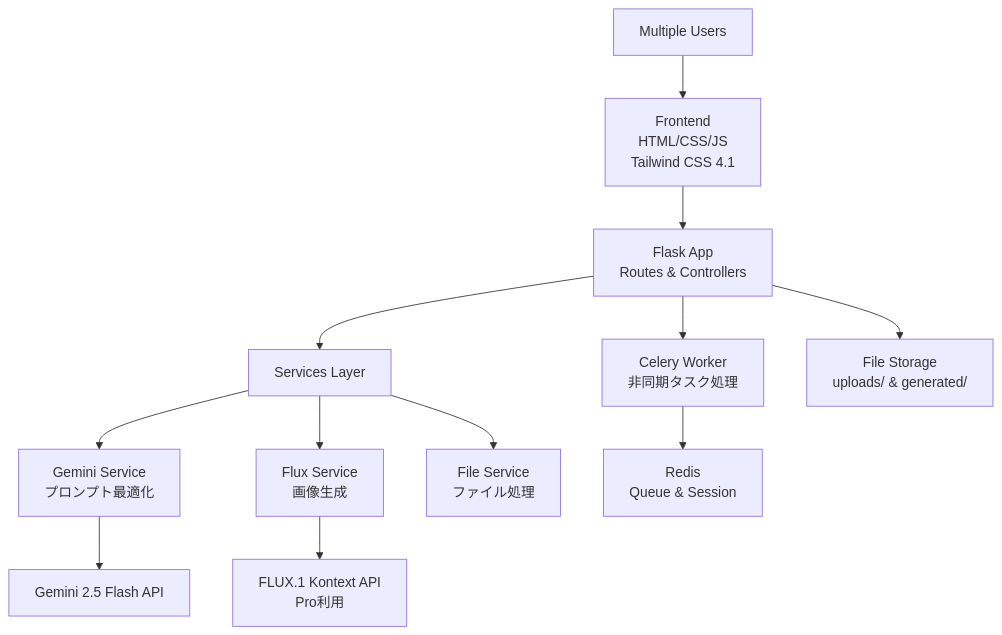
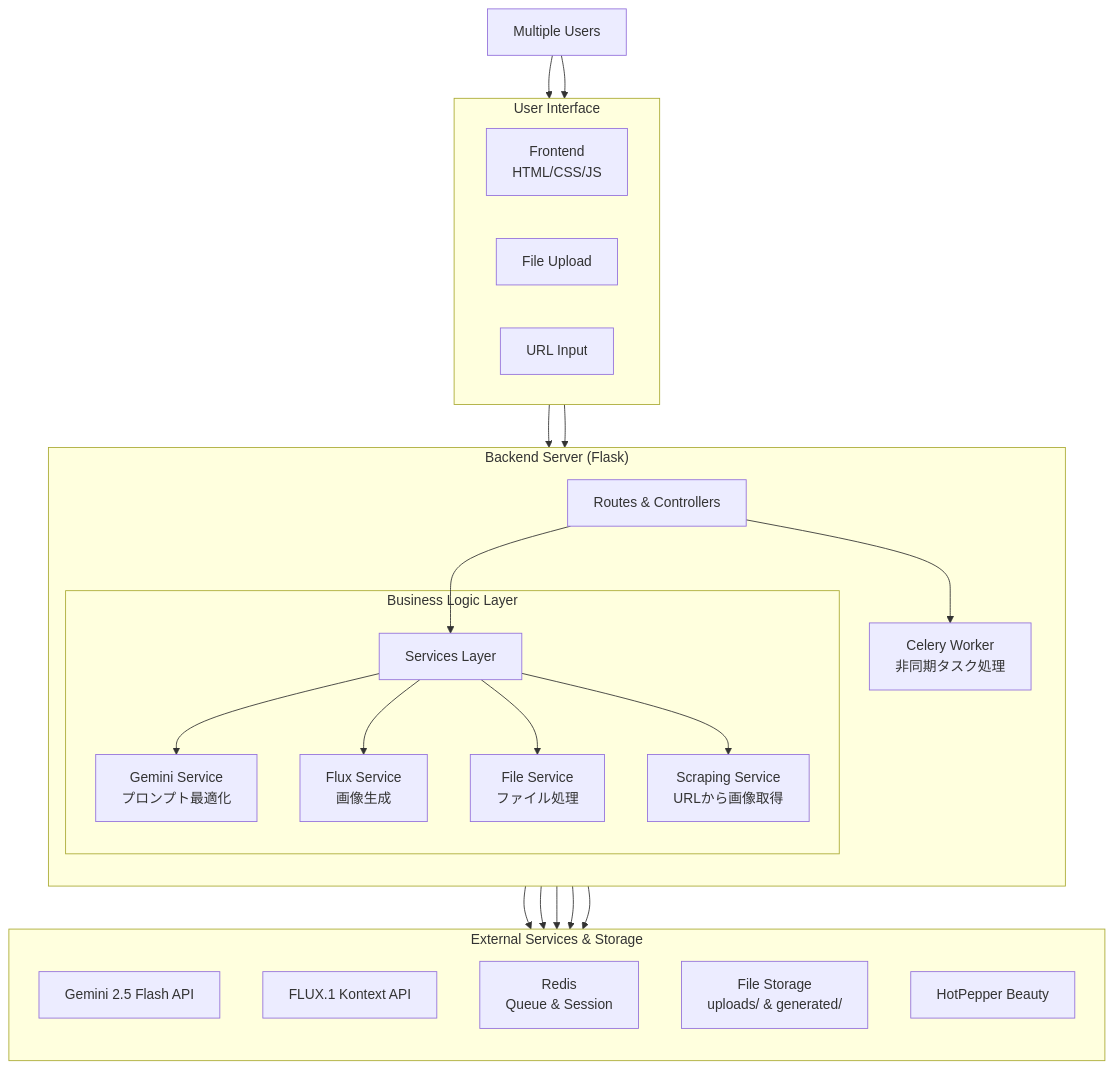
Before and after one commit to mnhrk15/hpb-style-ai-generator: the diagram in README.md, drawn with Mermaid. The commit also changed other lines of this file and 6 other files, not shown here.

````diff
--- a/README.md
+++ b/README.md
@@ -127,19 +128,53 @@
 ```mermaid
 graph TB
-    A[Frontend<br/>HTML/CSS/JS<br/>Tailwind CSS 4.1] --> B[Flask App<br/>Routes & Controllers]
+    subgraph "User Interface"
+        direction LR
+        A[Frontend<br/>HTML/CSS/JS]
+        A_UPLOAD[File Upload]
+        A_URL[URL Input]
+    end
+
+    subgraph "Backend Server (Flask)"
+        direction TB
+        B[Routes & Controllers]
+        
+        subgraph "Business Logic Layer"
+            C[Services Layer]
+            D[Gemini Service<br/>プロンプト最適化]
+            E[Flux Service<br/>画像生成]
+            F[File Service<br/>ファイル処理]
+            S[Scraping Service<br/>URLから画像取得]
+        end
+        
+        G[Celery Worker<br/>非同期タスク処理]
+    end
+
+    subgraph "External Services & Storage"
+        direction TB
+        I[Gemini 2.5 Flash API]
+        J[FLUX.1 Kontext API]
+        H[Redis<br/>Queue & Session]
+        K[File Storage<br/>uploads/ & generated/]
+        HPB[HotPepper Beauty]
+    end
     
-    B --> C[Services Layer]
-    C --> D[Gemini Service<br/>プロンプト最適化]
-    C --> E[Flux Service<br/>画像生成]
-    C --> F[File Service<br/>ファイル処理]
+    L[Multiple Users] --> A_UPLOAD
+    L --> A_URL
+    A_UPLOAD --> B
+    A_URL --> B
+
+    B --> C
+    C --> D
+    C --> E
+    C --> F
+    C --> S
     
-    B --> G[Celery Worker<br/>非同期タスク処理]
-    G --> H[Redis<br/>Queue & Session]
+    B --> G
+    G --> H
     
-    D --> I[Gemini 2.5 Flash API]
-    E --> J[FLUX.1 Kontext API<br/>Pro利用]
+    D --> I
+    E --> J
+    S --> HPB
     
-    B --> K[File Storage<br/>uploads/ & generated/]
-    
-    L[Multiple Users] --> A
+    B --> K
 ```
````
